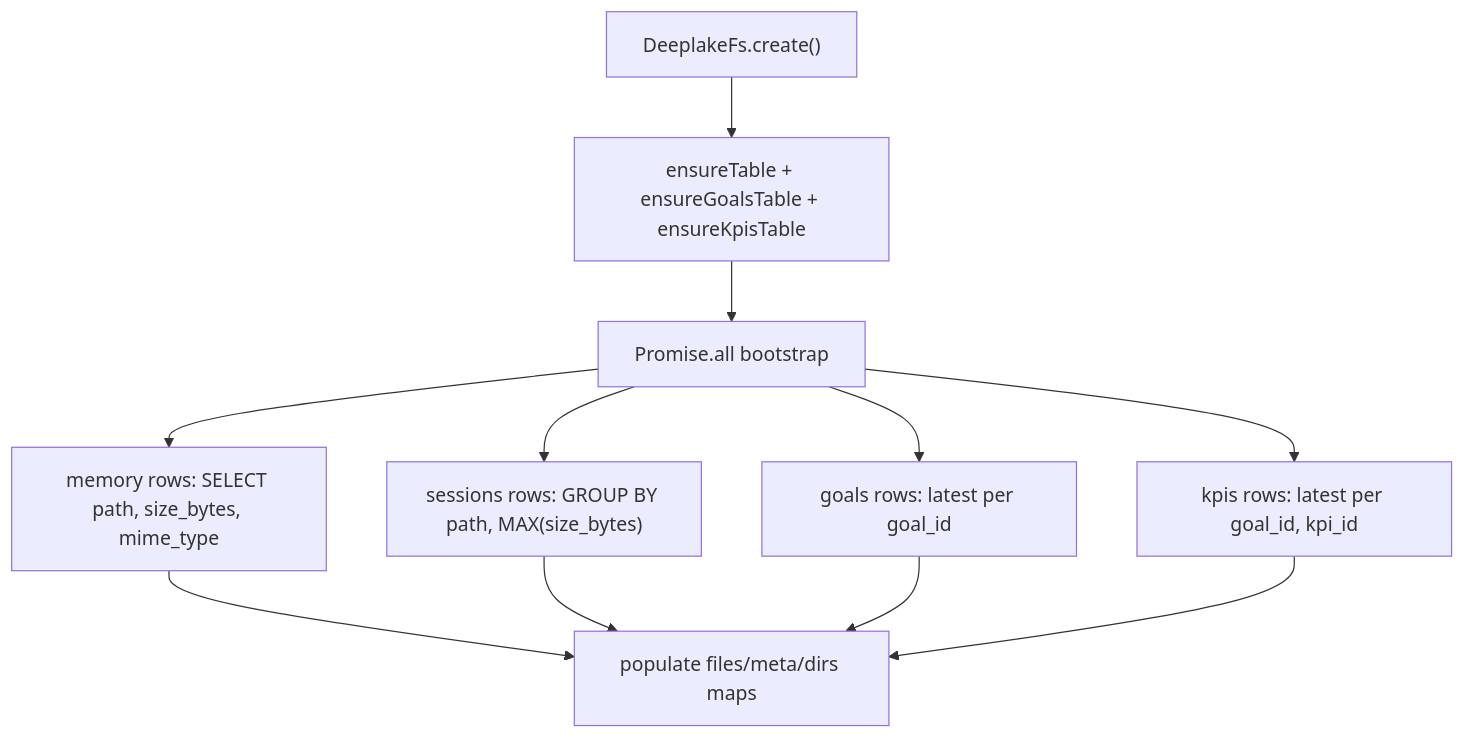
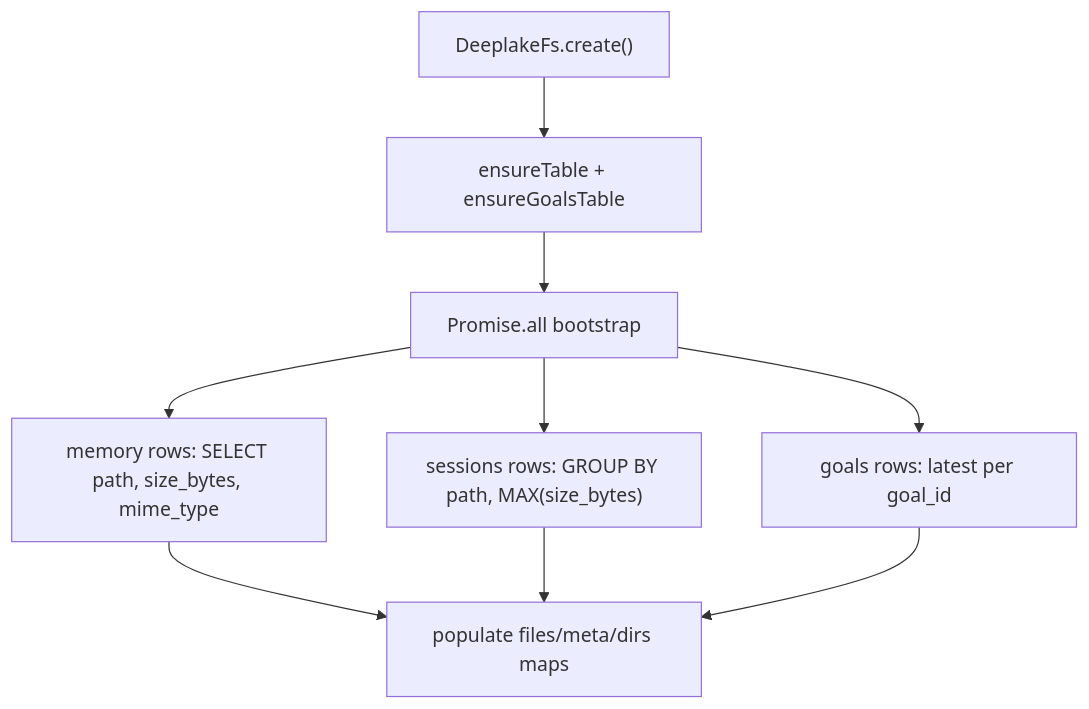
The first of 3 diagrams in library/knowledge/private/data/memory-virtual-filesystem.md (activeloopai/hivemind), drawn with Mermaid before and after one commit. The commit also changed other lines of this file and 13 other files, not shown here.

First line of the commit message:
docs: remove KPIs from the goals skill, README and knowledge docs

````diff
--- a/library/knowledge/private/data/memory-virtual-filesystem.md
+++ b/library/knowledge/private/data/memory-virtual-filesystem.md
@@ -41,13 +41,11 @@
 ```mermaid
 flowchart TD
-    create["DeeplakeFs.create()"] --> ensure["ensureTable + ensureGoalsTable + ensureKpisTable"]
+    create["DeeplakeFs.create()"] --> ensure["ensureTable + ensureGoalsTable"]
     ensure --> parallel["Promise.all bootstrap"]
     parallel --> mem["memory rows: SELECT path, size_bytes, mime_type"]
     parallel --> sess["sessions rows: GROUP BY path, MAX(size_bytes)"]
     parallel --> goals["goals rows: latest per goal_id"]
-    parallel --> kpis["kpis rows: latest per goal_id, kpi_id"]
     mem --> tree["populate files/meta/dirs maps"]
     sess --> tree
     goals --> tree
-    kpis --> tree
 ```
````
